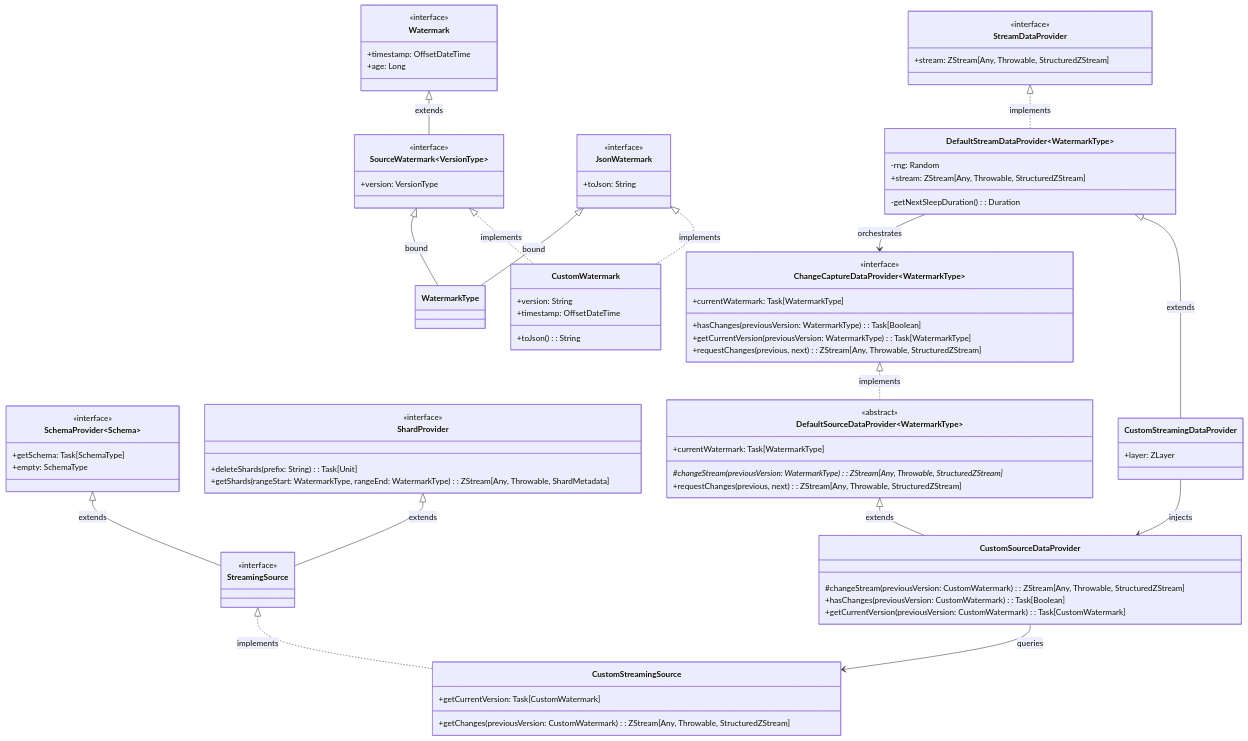
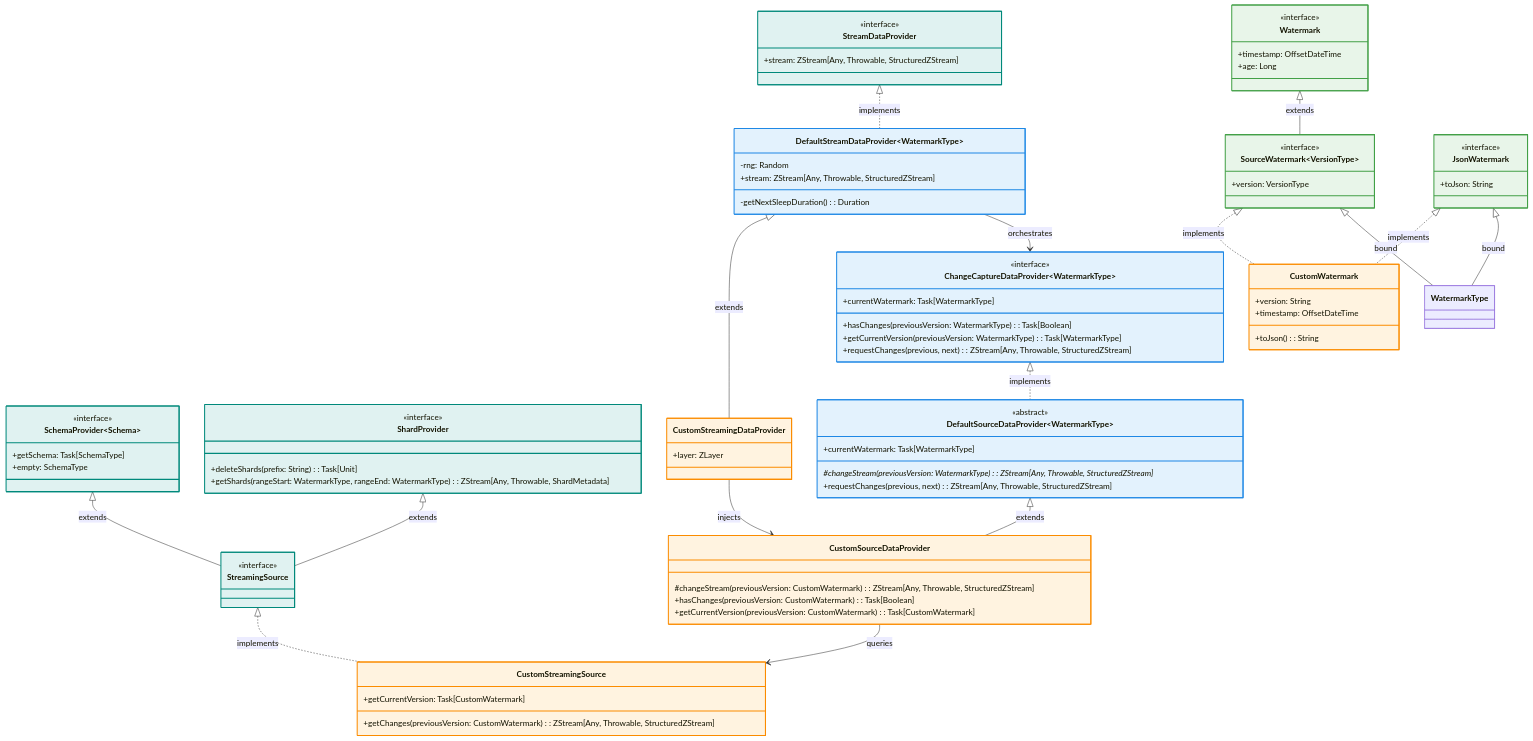
One commit to SneaksAndData/arcane-framework-scala changed the diagram in docs/class_diagram.md. Above: the diagram before and after it, drawn with Mermaid.

````diff
--- a/docs/class_diagram.md
+++ b/docs/class_diagram.md
@@ -1,11 +1,40 @@
 ```mermaid
 classDiagram
-    %% Core Interfaces & Traits
+    %% Direction of diagram flow
+    direction TB
+
+    %% ======================================================
+    %% 1. CORE INTERFACES & TRAITS (Teal)
+    %% ======================================================
     class StreamDataProvider {
         <<interface>>
         +stream: ZStream[Any, Throwable, StructuredZStream]
     }
+    style StreamDataProvider fill:#e0f2f1,stroke:#00897b,stroke-width:2px
 
+    class SchemaProvider~Schema~ {
+        <<interface>>
+        +getSchema: Task[SchemaType]
+        +empty: SchemaType
+    }
+    style SchemaProvider fill:#e0f2f1,stroke:#00897b,stroke-width:2px
+
+    class ShardProvider {
+        <<interface>>
+        +deleteShards(prefix: String): Task[Unit]
+        +getShards(rangeStart: WatermarkType, rangeEnd: WatermarkType): ZStream[Any, Throwable, ShardMetadata]
+    }
+    style ShardProvider fill:#e0f2f1,stroke:#00897b,stroke-width:2px
+
+    class StreamingSource {
+        <<interface>>
+    }
+    style StreamingSource fill:#e0f2f1,stroke:#00897b,stroke-width:2px
+
+
+    %% ======================================================
+    %% 2. ORCHESTRATION & EMITTERS (Blue)
+    %% ======================================================
     class ChangeCaptureDataProvider~WatermarkType~ {
         <<interface>>
         +hasChanges(previousVersion: WatermarkType): Task[Boolean]
@@ -13,45 +42,14 @@
         +requestChanges(previous, next): ZStream[Any, Throwable, StructuredZStream]
         +currentWatermark: Task[WatermarkType]
     }
+    style ChangeCaptureDataProvider fill:#e3f2fd,stroke:#1e88e5,stroke-width:2px
 
-    class Watermark {
-        <<interface>>
-        +timestamp: OffsetDateTime
-        +age: Long
-    }
-
-    class SourceWatermark~VersionType~ {
-        <<interface>>
-        +version: VersionType
-    }
-
-    class JsonWatermark {
-        <<interface>>
-        +toJson: String
-    }
-
-    class SchemaProvider~Schema~ {
-        <<interface>>
-        +getSchema: Task[SchemaType]
-        +empty: SchemaType
-    }
-
-    class ShardProvider {
-        <<interface>>
-        +deleteShards(prefix: String): Task[Unit]
-        +getShards(rangeStart: WatermarkType, rangeEnd: WatermarkType): ZStream[Any, Throwable, ShardMetadata]
-    }
-
-    class StreamingSource {
-        <<interface>>
-    }
-
-    %% Abstract & Default Classes
     class DefaultStreamDataProvider~WatermarkType~ {
         -rng: Random
         -getNextSleepDuration(): Duration
         +stream: ZStream[Any, Throwable, StructuredZStream]
     }
+    style DefaultStreamDataProvider fill:#e3f2fd,stroke:#1e88e5,stroke-width:2px
 
     class DefaultSourceDataProvider~WatermarkType~ {
         <<abstract>>
@@ -59,30 +57,66 @@
         +requestChanges(previous, next): ZStream[Any, Throwable, StructuredZStream]
         +currentWatermark: Task[WatermarkType]
     }
+    style DefaultSourceDataProvider fill:#e3f2fd,stroke:#1e88e5,stroke-width:2px
 
-    %% Example Concrete Implementations
+
+    %% ======================================================
+    %% 3. WATERMARKING (Green)
+    %% ======================================================
+    class Watermark {
+        <<interface>>
+        +timestamp: OffsetDateTime
+        +age: Long
+    }
+    style Watermark fill:#e8f5e9,stroke:#43a047,stroke-width:2px
+
+    class SourceWatermark~VersionType~ {
+        <<interface>>
+        +version: VersionType
+    }
+    style SourceWatermark fill:#e8f5e9,stroke:#43a047,stroke-width:2px
+
+    class JsonWatermark {
+        <<interface>>
+        +toJson: String
+    }
+    style JsonWatermark fill:#e8f5e9,stroke:#43a047,stroke-width:2px
+
+
+    %% ======================================================
+    %% 4. CUSTOM IMPLEMENTATION (Orange)
+    %% ======================================================
     class CustomWatermark {
         +version: String
         +timestamp: OffsetDateTime
         +toJson(): String
     }
+    style CustomWatermark fill:#fff3e0,stroke:#fb8c00,stroke-width:2px
 
     class CustomStreamingDataProvider {
         +layer: ZLayer
     }
+    style CustomStreamingDataProvider fill:#fff3e0,stroke:#fb8c00,stroke-width:2px
 
     class CustomSourceDataProvider {
         #changeStream(previousVersion: CustomWatermark): ZStream[Any, Throwable, StructuredZStream]
         +hasChanges(previousVersion: CustomWatermark): Task[Boolean]
         +getCurrentVersion(previousVersion: CustomWatermark): Task[CustomWatermark]
     }
+    style CustomSourceDataProvider fill:#fff3e0,stroke:#fb8c00,stroke-width:2px
 
     class CustomStreamingSource {
         +getChanges(previousVersion: CustomWatermark): ZStream[Any, Throwable, StructuredZStream]
         +getCurrentVersion: Task[CustomWatermark]
     }
+    style CustomStreamingSource fill:#fff3e0,stroke:#fb8c00,stroke-width:2px
 
-    %% Relationships
+
+    %% ======================================================
+    %% RELATIONSHIPS & INHERITANCE
+    %% ======================================================
+    
+    %% Base Framework Relationships
     StreamDataProvider <|.. DefaultStreamDataProvider : implements
     ChangeCaptureDataProvider <|.. DefaultSourceDataProvider : implements
     DefaultStreamDataProvider --> ChangeCaptureDataProvider : orchestrates
@@ -94,6 +128,7 @@
     SchemaProvider <|-- StreamingSource : extends
     ShardProvider <|-- StreamingSource : extends
 
+    %% Concrete Custom Implementations
     SourceWatermark <|.. CustomWatermark : implements
     JsonWatermark <|.. CustomWatermark : implements
 
````
